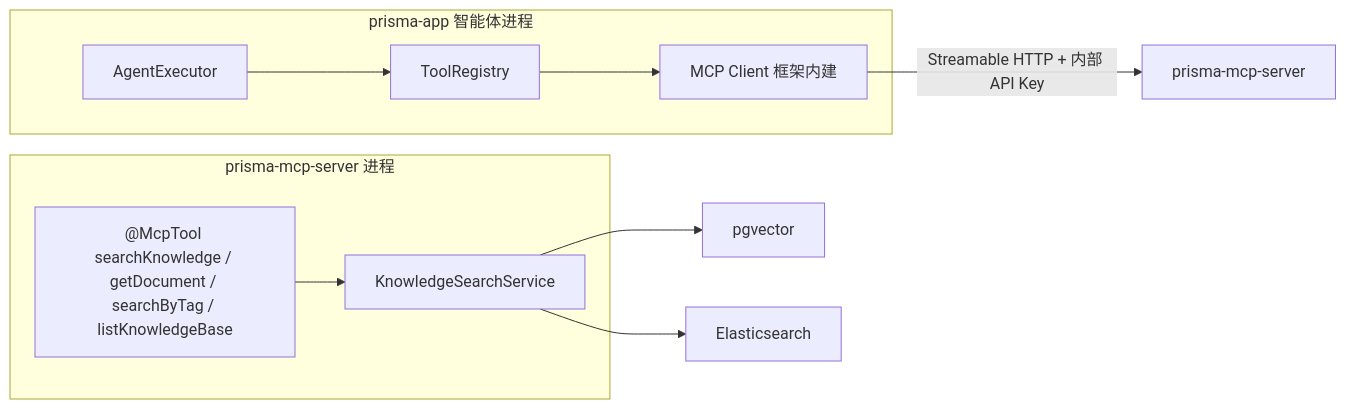
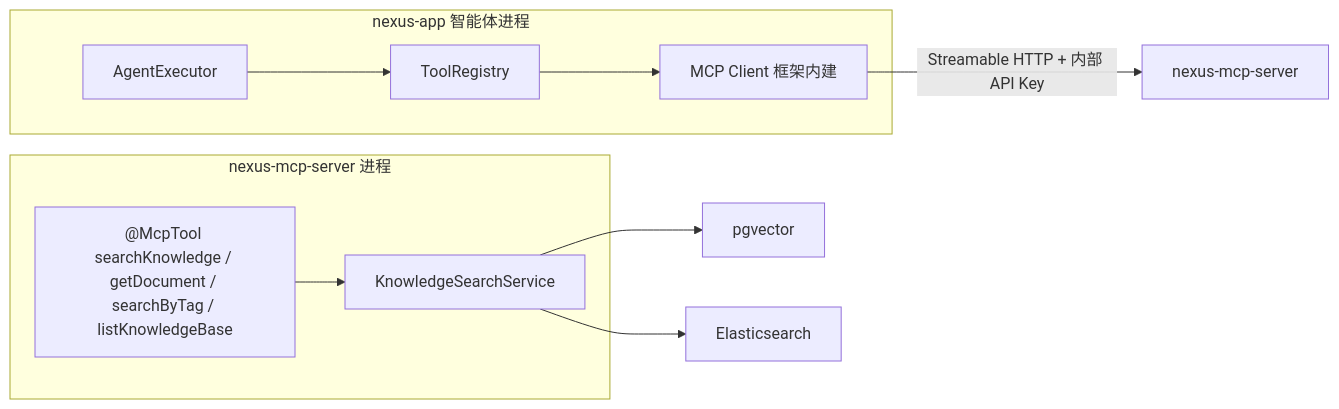
The tenth of 15 diagrams in docs/architecture.md (Prisdvl/prisdvl-nexus), drawn with Mermaid before and after one commit. The commit also changed other lines of this file and 119 other files, not shown here.

````diff
--- a/docs/architecture.md
+++ b/docs/architecture.md
@@ -505,14 +505,14 @@
 ```mermaid
 graph LR
-    subgraph A["prisma-app 智能体进程"]
+    subgraph A["nexus-app 智能体进程"]
         AG["AgentExecutor"] --> TR["ToolRegistry"]
         TR --> MC["MCP Client 框架内建"]
     end
-    MC -->|Streamable HTTP + 内部 API Key| MS["prisma-mcp-server"]
-    subgraph MSX["prisma-mcp-server 进程"]
+    MC -->|Streamable HTTP + 内部 API Key| MS["nexus-mcp-server"]
+    subgraph MSX["nexus-mcp-server 进程"]
         MT["@McpTool searchKnowledge / getDocument / searchByTag / listKnowledgeBase"]
         MT --> KS["KnowledgeSearchService"]
     end
     KS --> PG["pgvector"]
     KS --> ES["Elasticsearch"]
 ```
````
